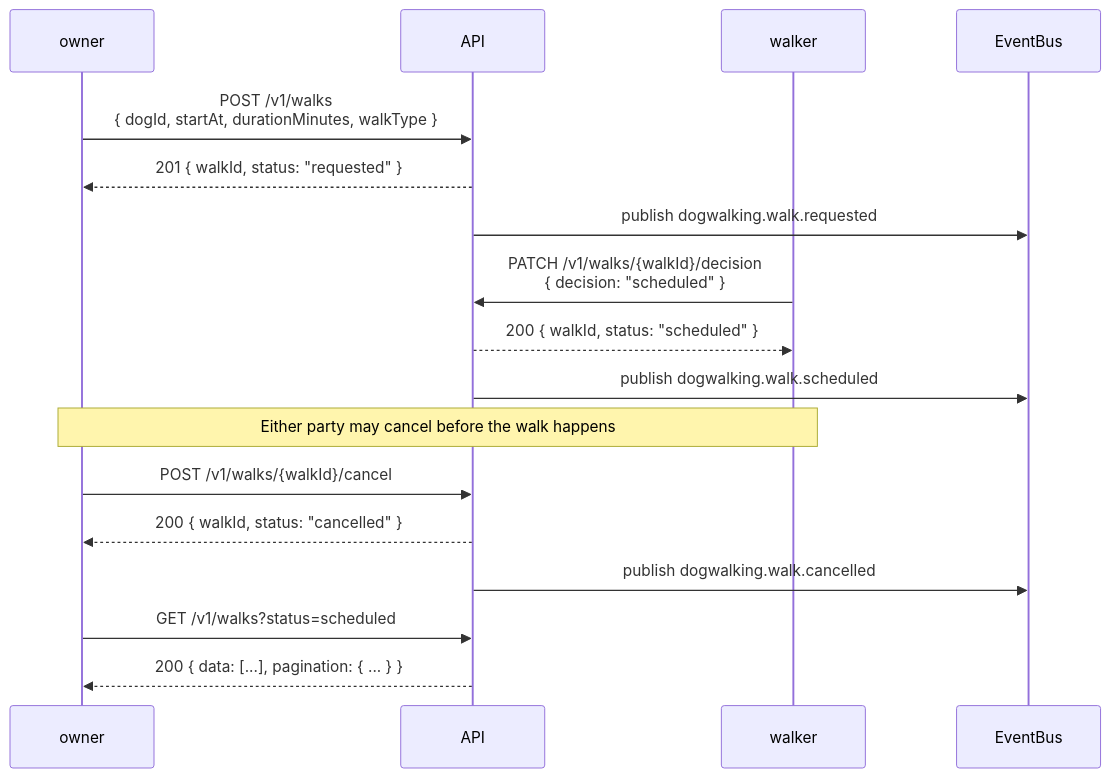
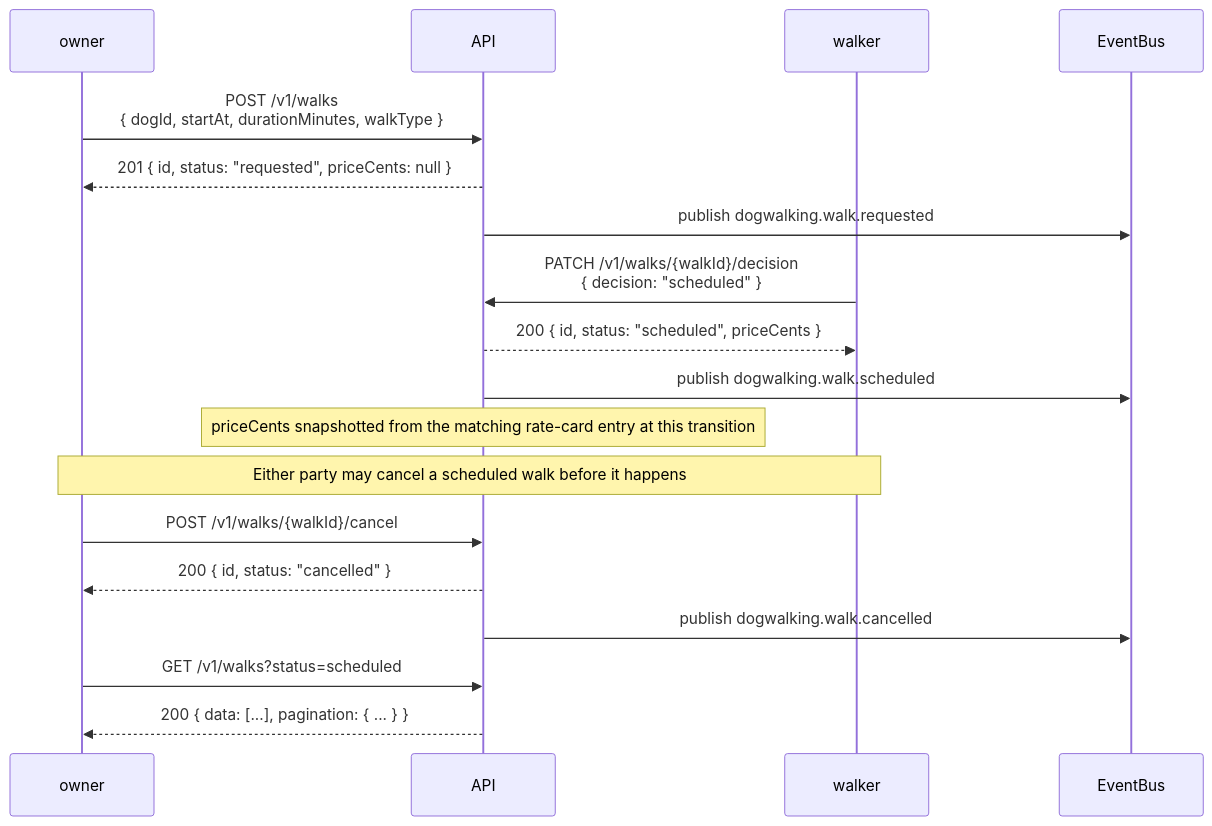
The seventh of 12 diagrams in docs/specifications/sequence-diagrams.md (dataGriff/spec-dog-walking), drawn with Mermaid before and after one commit. The commit also changed other lines of this file and 2 other files, not shown here.

First line of the commit message:
feat(flows): fix Flow 1 register body, cover new stories, align keys and ordering

````diff
--- a/docs/specifications/sequence-diagrams.md
+++ b/docs/specifications/sequence-diagrams.md
@@ -148,24 +177,25 @@
 ```mermaid
 sequenceDiagram
     participant owner
     participant API
     participant walker
     participant EventBus
 
     owner->>API: POST /v1/walks<br/>{ dogId, startAt, durationMinutes, walkType }
-    API-->>owner: 201 { walkId, status: "requested" }
+    API-->>owner: 201 { id, status: "requested", priceCents: null }
     API->>EventBus: publish dogwalking.walk.requested
 
     walker->>API: PATCH /v1/walks/{walkId}/decision<br/>{ decision: "scheduled" }
-    API-->>walker: 200 { walkId, status: "scheduled" }
+    API-->>walker: 200 { id, status: "scheduled", priceCents }
     API->>EventBus: publish dogwalking.walk.scheduled
+    Note over API: priceCents snapshotted from the matching rate-card entry at this transition
 
-    Note over walker,owner: Either party may cancel before the walk happens
+    Note over walker,owner: Either party may cancel a scheduled walk before it happens
 
     owner->>API: POST /v1/walks/{walkId}/cancel
-    API-->>owner: 200 { walkId, status: "cancelled" }
+    API-->>owner: 200 { id, status: "cancelled" }
     API->>EventBus: publish dogwalking.walk.cancelled
 
     owner->>API: GET /v1/walks?status=scheduled
     API-->>owner: 200 { data: [...], pagination: { ... } }
 ```
````
